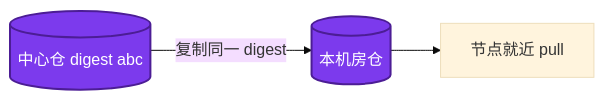
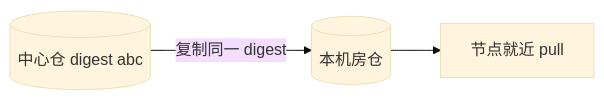
One commit to ml-cuizijun/LearnToLilith changed the third of 4 diagrams in 04-工程化与自动化/03-制品与镜像/练习题.md. Above: the diagram before and after it, drawn with Mermaid (base theme). The commit also changed other lines of this file and 470 other files, not shown here.

````diff
--- a/04-工程化与自动化/03-制品与镜像/练习题.md
+++ b/04-工程化与自动化/03-制品与镜像/练习题.md
@@ -145,7 +146,6 @@
 ```mermaid
 flowchart LR
     A[(中心仓 digest abc)] -->|"复制同一 digest"| B[(本机房仓)]
     B --> C[节点就近 pull]
-    classDef a fill:#7C3AED,stroke:#4C1D95,stroke-width:2px,color:#fff
     class A,B a
 ```
````
